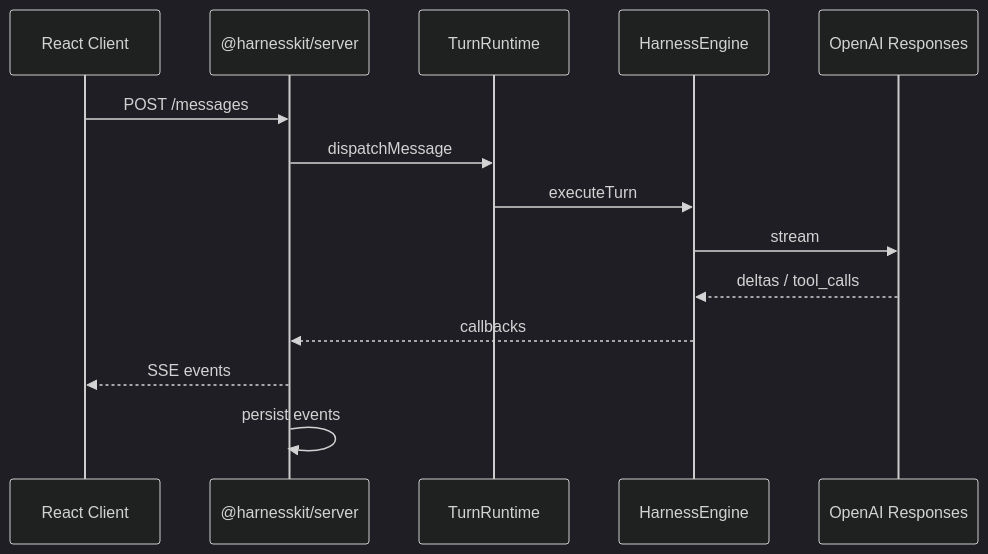
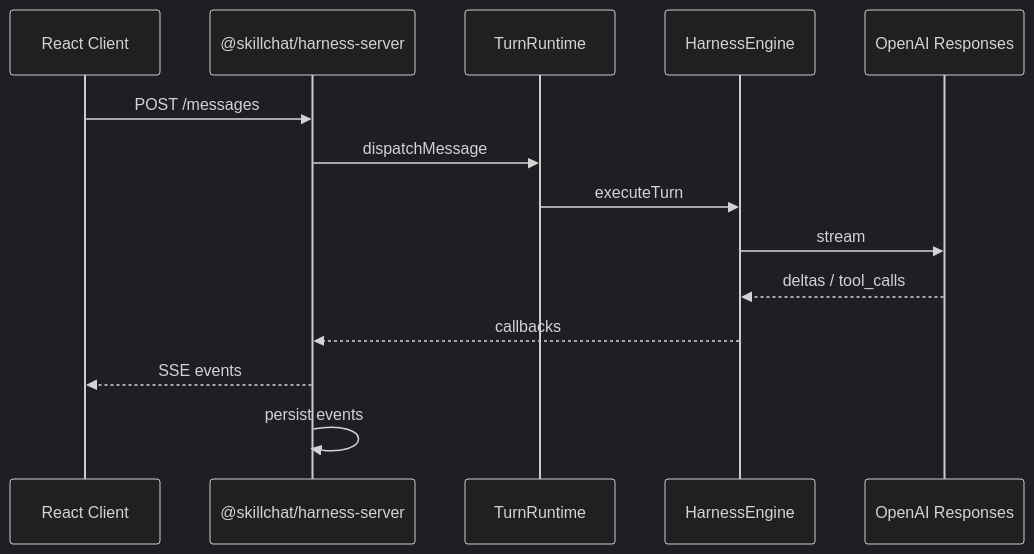
Before and after one commit to cnwinds/harness-kit: the diagram in docs/DESIGN.md, drawn with Mermaid (dark theme). The commit also changed other lines of this file and 98 other files, not shown here.

````diff
--- a/docs/DESIGN.md
+++ b/docs/DESIGN.md
@@ -245,17 +245,17 @@
 ```mermaid
 sequenceDiagram
   participant UI as React Client
-  participant API as @harnesskit/server
+  participant API as @skillchat/harness-server
   participant RT as TurnRuntime
   participant H as HarnessEngine
   participant LLM as OpenAI Responses
 
   UI->>API: POST /messages
   API->>RT: dispatchMessage
   RT->>H: executeTurn
   H->>LLM: stream
   LLM-->>H: deltas / tool_calls
   H-->>API: callbacks
   API-->>UI: SSE events
   API->>API: persist events
 ```
````
